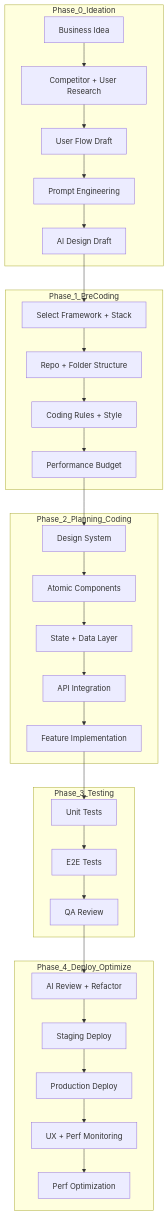
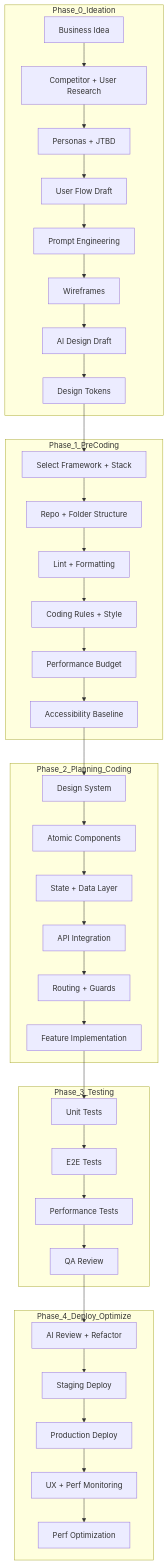
The third of 3 diagrams in Workflow Synthesize/flows/ai-integrated-frontend-product.md (AnyAxis-Labs/sdlc-visualization), drawn with Mermaid before and after one commit. The commit also changed 1 other file, not shown here.

Commit message:
docs: update ai integrated flows

````diff
--- a/Workflow Synthesize/flows/ai-integrated-frontend-product.md
+++ b/Workflow Synthesize/flows/ai-integrated-frontend-product.md
@@ -63,49 +63,56 @@
 ```mermaid
 graph TB
     subgraph Phase_0_Ideation
         Idea["Business Idea"]
         Research["Competitor + User Research"]
+        Personas["Personas + JTBD"]
         Flows["User Flow Draft"]
         Prompt["Prompt Engineering"]
+        Wire["Wireframes"]
         Draft["AI Design Draft"]
-        Idea --> Research --> Flows --> Prompt --> Draft
+        Tokens["Design Tokens"]
+        Idea --> Research --> Personas --> Flows --> Prompt --> Wire --> Draft --> Tokens
     end
 
     subgraph Phase_1_PreCoding
         Stack["Select Framework + Stack"]
         Structure["Repo + Folder Structure"]
+        Tooling["Lint + Formatting"]
         Rules["Coding Rules + Style"]
         PerfBudget["Performance Budget"]
-        Stack --> Structure --> Rules --> PerfBudget
+        A11y["Accessibility Baseline"]
+        Stack --> Structure --> Tooling --> Rules --> PerfBudget --> A11y
     end
 
     subgraph Phase_2_Planning_Coding
         System["Design System"]
         Components["Atomic Components"]
         State["State + Data Layer"]
         API["API Integration"]
+        Routes["Routing + Guards"]
         Build["Feature Implementation"]
-        System --> Components --> State --> API --> Build
+        System --> Components --> State --> API --> Routes --> Build
     end
 
     subgraph Phase_3_Testing
         Unit["Unit Tests"]
         E2E["E2E Tests"]
+        Perf["Performance Tests"]
         QA["QA Review"]
-        Unit --> E2E --> QA
+        Unit --> E2E --> Perf --> QA
     end
 
     subgraph Phase_4_Deploy_Optimize
         Review["AI Review + Refactor"]
         Staging["Staging Deploy"]
         Prod["Production Deploy"]
         Monitor["UX + Perf Monitoring"]
         Optimize["Perf Optimization"]
         Review --> Staging --> Prod --> Monitor --> Optimize
     end
 
-    Draft --> Stack
-    PerfBudget --> System
+    Tokens --> Stack
+    A11y --> System
     Build --> Unit
     QA --> Review
 ```
````
